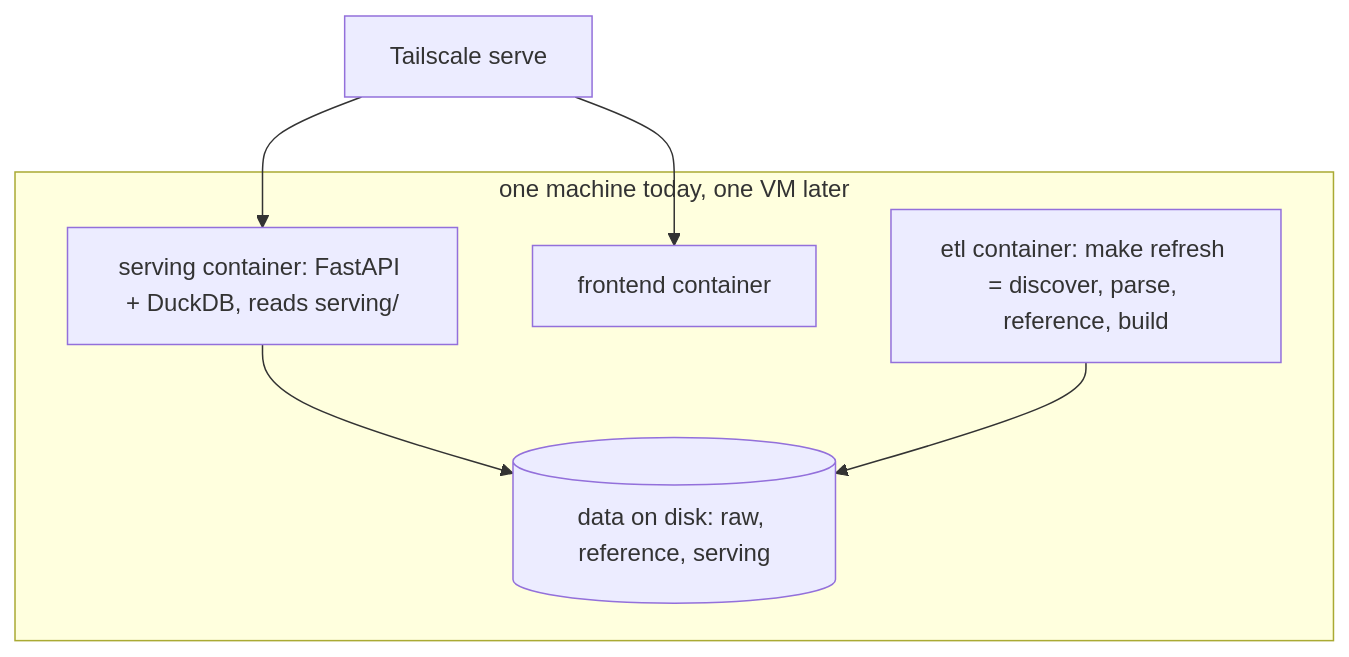
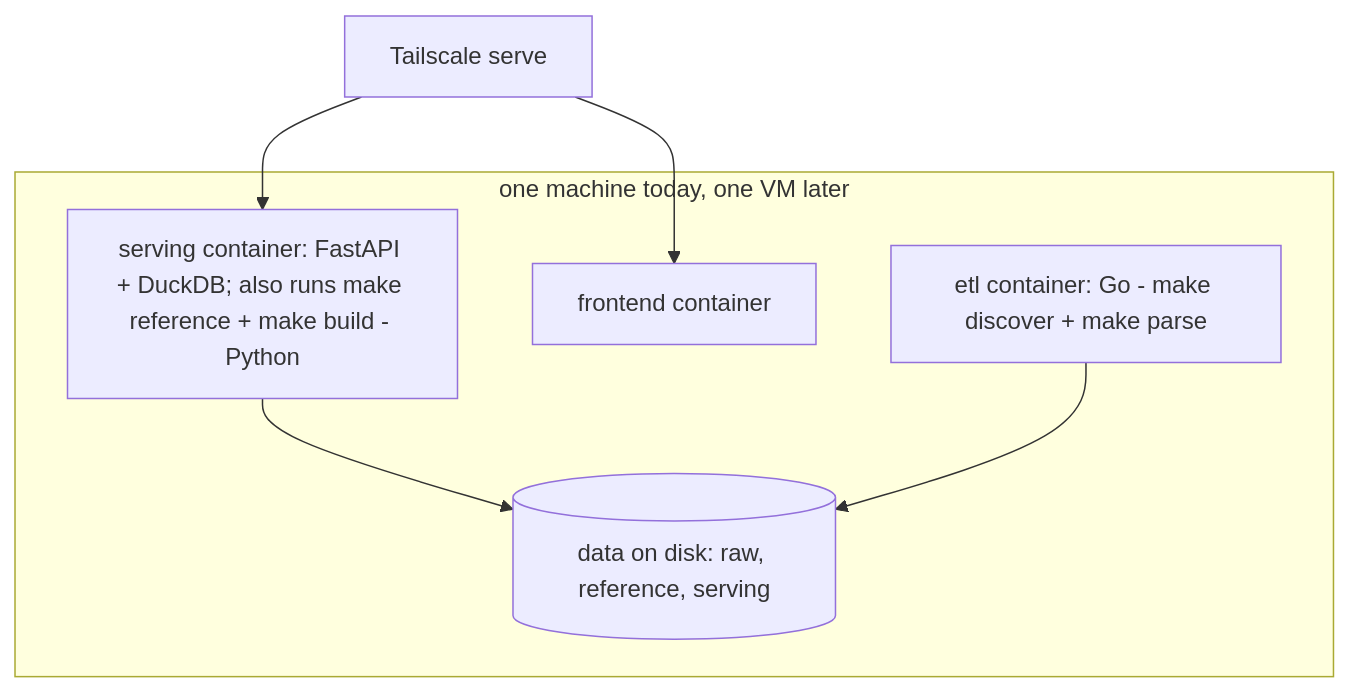
One commit to wmespi/honest-healthcare changed the third of 3 diagrams in docs/architecture.md. Above: the diagram before and after it, drawn with Mermaid. The commit also changed other lines of this file and 6 other files, not shown here.

````diff
--- a/docs/architecture.md
+++ b/docs/architecture.md
@@ -116,13 +117,13 @@
 ```mermaid
 flowchart TB
   subgraph host [one machine today, one VM later]
-    C1[serving container: FastAPI + DuckDB, reads serving/]
+    C1[serving container: FastAPI + DuckDB; also runs make reference + make build - Python]
     C2[frontend container]
-    C3[etl container: make refresh = discover, parse, reference, build]
+    C3[etl container: Go - make discover + make parse]
     D[(data on disk: raw, reference, serving)]
     C1 --> D
     C3 --> D
   end
   TS[Tailscale serve] --> C2
   TS --> C1
 ```
````
